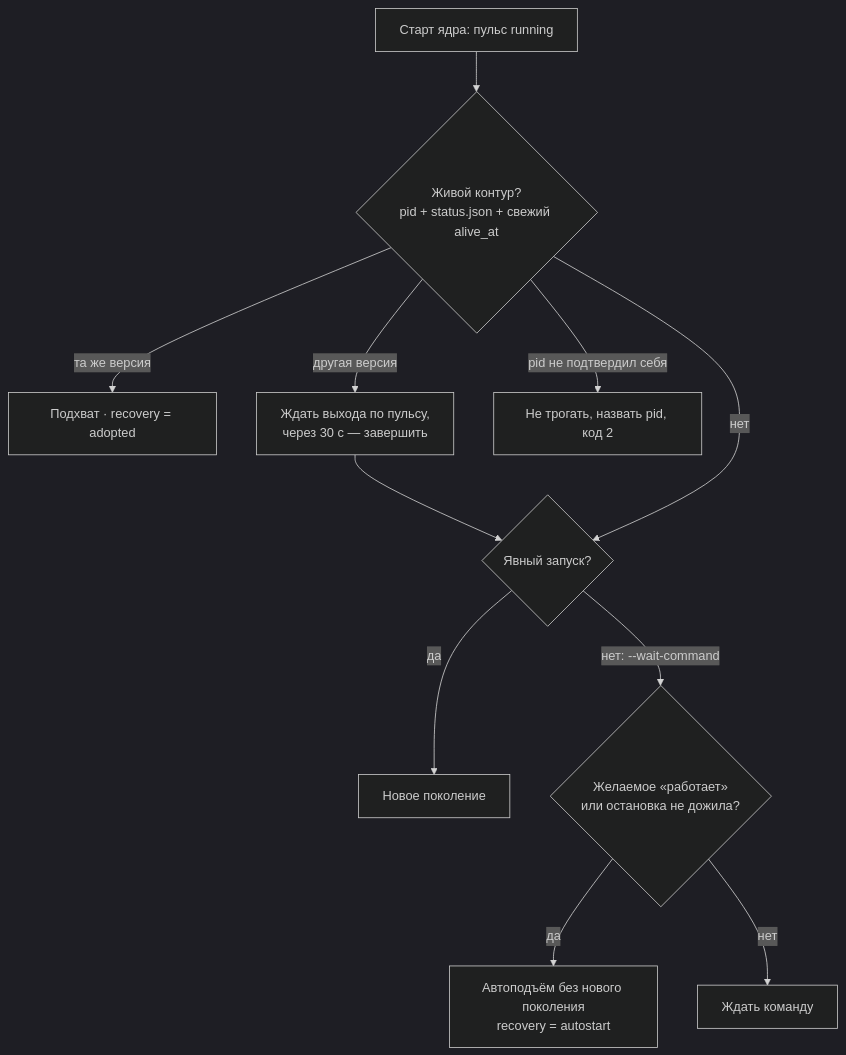
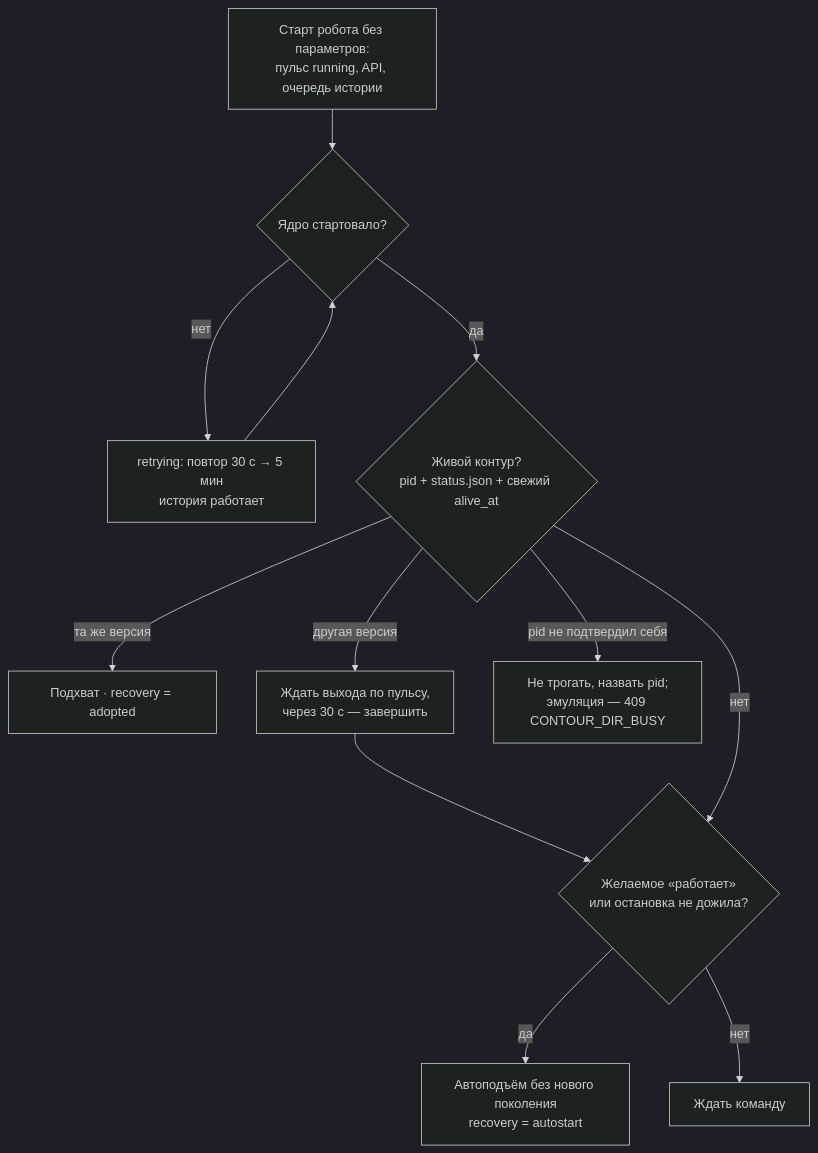
The seventh of 7 diagrams in docs/architecture/core-contours.md (vladilenao/My_roBot), drawn with Mermaid (dark theme) before and after one commit. The commit also changed other lines of this file, not shown here.

Commit message:
docs: документ 1 — П7 add-history-contour сделан

````diff
--- a/docs/architecture/core-contours.md
+++ b/docs/architecture/core-contours.md
@@ -258,12 +262,12 @@
 ```mermaid
 flowchart TD
-    S["Старт ядра: пульс running"] --> L{"Живой контур?<br/>pid + status.json + свежий alive_at"}
+    S0["Старт робота без параметров:<br/>пульс running, API, очередь истории"] --> Q{"Ядро стартовало?"}
+    Q -- "нет" --> RT["retrying: повтор 30 с → 5 мин<br/>история работает"] --> Q
+    Q -- да --> L{"Живой контур?<br/>pid + status.json + свежий alive_at"}
     L -- "та же версия" --> A["Подхват · recovery = adopted"]
-    L -- "другая версия" --> W["Ждать выхода по пульсу,<br/>через 30 с — завершить"] --> E
-    L -- "pid не подтвердил себя" --> X["Не трогать, назвать pid, код 2"]
-    L -- нет --> E{"Явный запуск?"}
-    E -- да --> N["Новое поколение"]
-    E -- "нет: --wait-command" --> D{"Желаемое «работает»<br/>или остановка не дожила?"}
+    L -- "другая версия" --> W["Ждать выхода по пульсу,<br/>через 30 с — завершить"] --> D
+    L -- "pid не подтвердил себя" --> X["Не трогать, назвать pid;<br/>эмуляция — 409 CONTOUR_DIR_BUSY"]
+    L -- нет --> D{"Желаемое «работает»<br/>или остановка не дожила?"}
     D -- да --> R["Автоподъём без нового поколения<br/>recovery = autostart"]
     D -- нет --> C["Ждать команду"]
 ```
````
